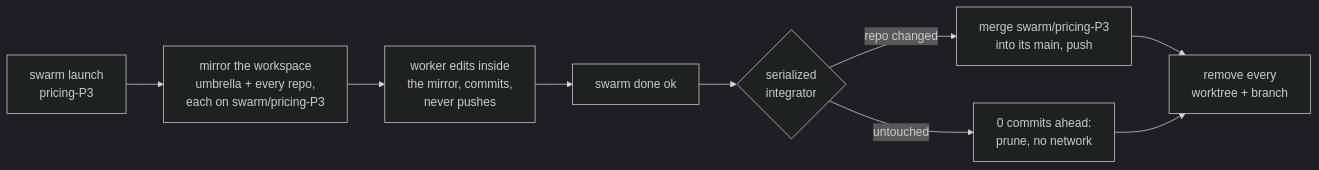
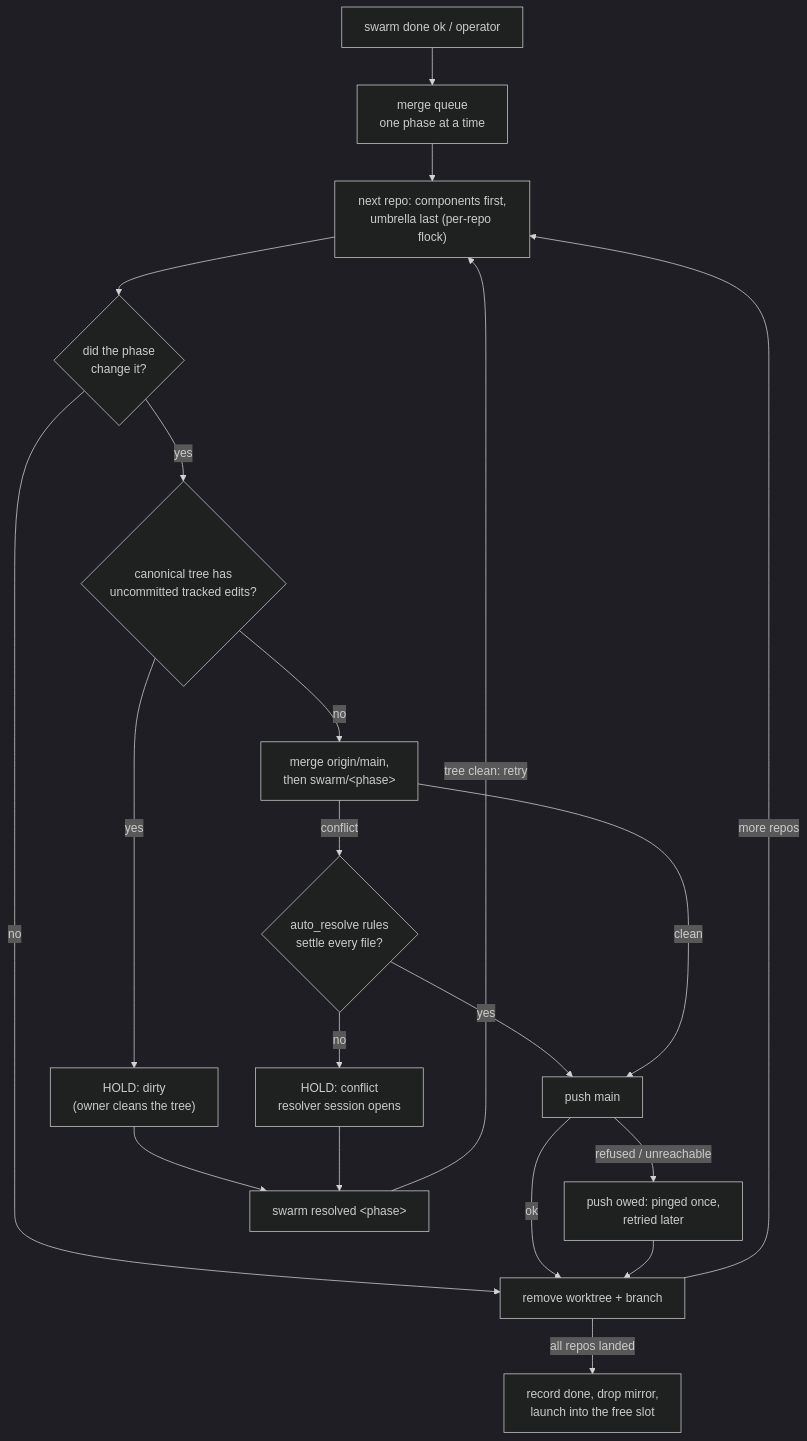
Before and after one commit to sezaiarda/swarm-orchestrator: the fourth of 5 diagrams in README.md, drawn with Mermaid (dark theme). The commit also changed other lines of this file and 5 other files, not shown here.

First line of the commit message:
docs: rewrite the README around what each part does, with current diagrams

````diff
--- a/README.md
+++ b/README.md
@@ -173,11 +301,21 @@
 ```mermaid
-flowchart LR
-  A["swarm launch<br/>pricing-P3"] --> B["mirror the workspace<br/>umbrella + every repo,<br/>each on swarm/pricing-P3"]
-  B --> C["worker edits inside<br/>the mirror, commits,<br/>never pushes"]
-  C --> D["swarm done ok"]
-  D --> E{"serialized<br/>integrator"}
-  E -->|repo changed| F["merge swarm/pricing-P3<br/>into its main, push"]
-  E -->|untouched| G["0 commits ahead:<br/>prune, no network"]
-  F --> H["remove every<br/>worktree + branch"]
-  G --> H
+flowchart TD
+  done["swarm done ok / operator"] --> q["merge queue<br/>one phase at a time"]
+  q --> r["next repo: components first,<br/>umbrella last (per-repo flock)"]
+  r --> t{"did the phase<br/>change it?"}
+  t -- "no" --> p["remove worktree + branch"]
+  t -- "yes" --> d{"canonical tree has<br/>uncommitted tracked edits?"}
+  d -- "yes" --> hd["HOLD: dirty<br/>(owner cleans the tree)"]
+  d -- "no" --> m["merge origin/main,<br/>then swarm/&lt;phase&gt;"]
+  m -- "conflict" --> a{"auto_resolve rules<br/>settle every file?"}
+  a -- "no" --> hc["HOLD: conflict<br/>resolver session opens"]
+  a -- "yes" --> push
+  m -- "clean" --> push["push main"]
+  push -- "ok" --> p
+  push -- "refused / unreachable" --> owed["push owed: pinged once,<br/>retried later"] --> p
+  p -- "more repos" --> r
+  p -- "all repos landed" --> fin["record done, drop mirror,<br/>launch into the free slot"]
+  hd --> sr["swarm resolved &lt;phase&gt;"]
+  hc --> sr
+  sr -- "tree clean: retry" --> r
 ```
````
